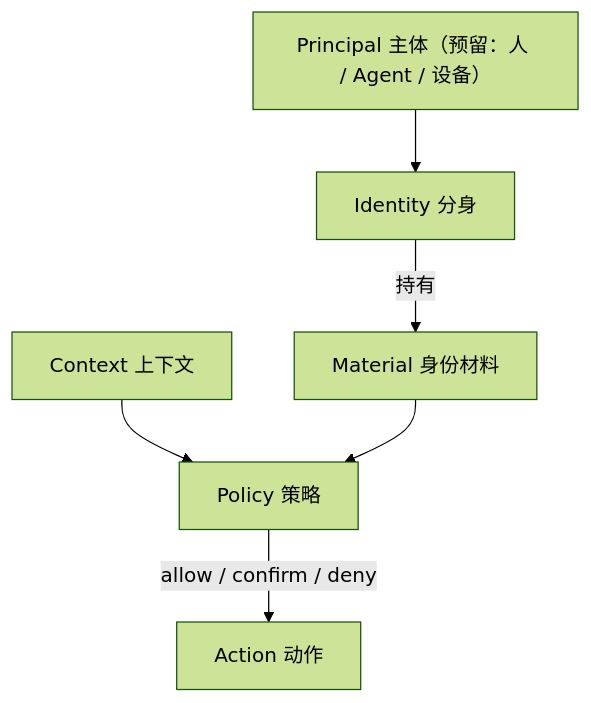
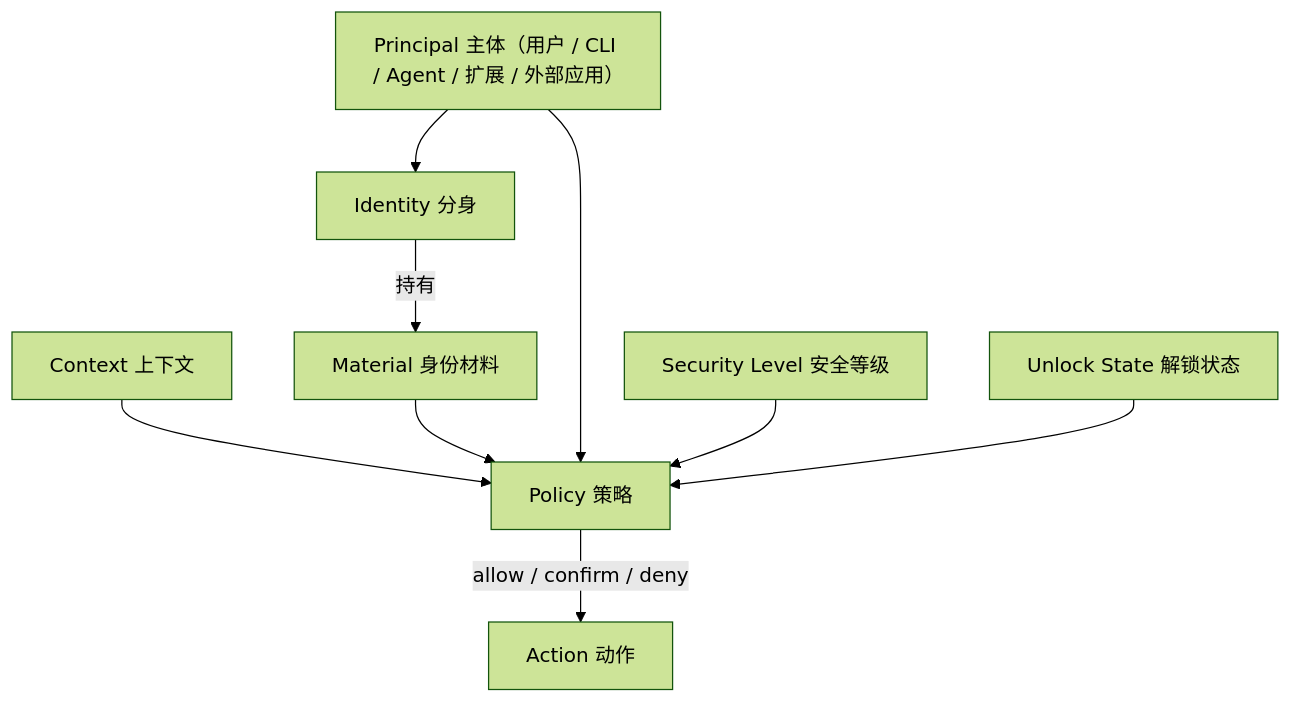
The second of 2 diagrams in docs/src/overview/architecture.md (cuihairu/persona), drawn with Mermaid (forest theme) before and after one commit. The commit also changed other lines of this file and 1 other file, not shown here.

Commit message:
docs: add principal authz model and automation contract to architecture

````diff
--- a/docs/src/overview/architecture.md
+++ b/docs/src/overview/architecture.md
@@ -52,8 +71,11 @@
 ```mermaid
 flowchart TB
-    P["Principal 主体（预留：人 / Agent / 设备）"] --> I["Identity 分身"]
+    P["Principal 主体（用户 / CLI / Agent / 扩展 / 外部应用）"] --> I["Identity 分身"]
     I -->|持有| M["Material 身份材料"]
     C["Context 上下文"] --> POL["Policy 策略"]
     M --> POL
+    P --> POL
     POL -->|allow / confirm / deny| A["Action 动作"]
+    SL["Security Level 安全等级"] --> POL
+    US["Unlock State 解锁状态"] --> POL
 ```
````
